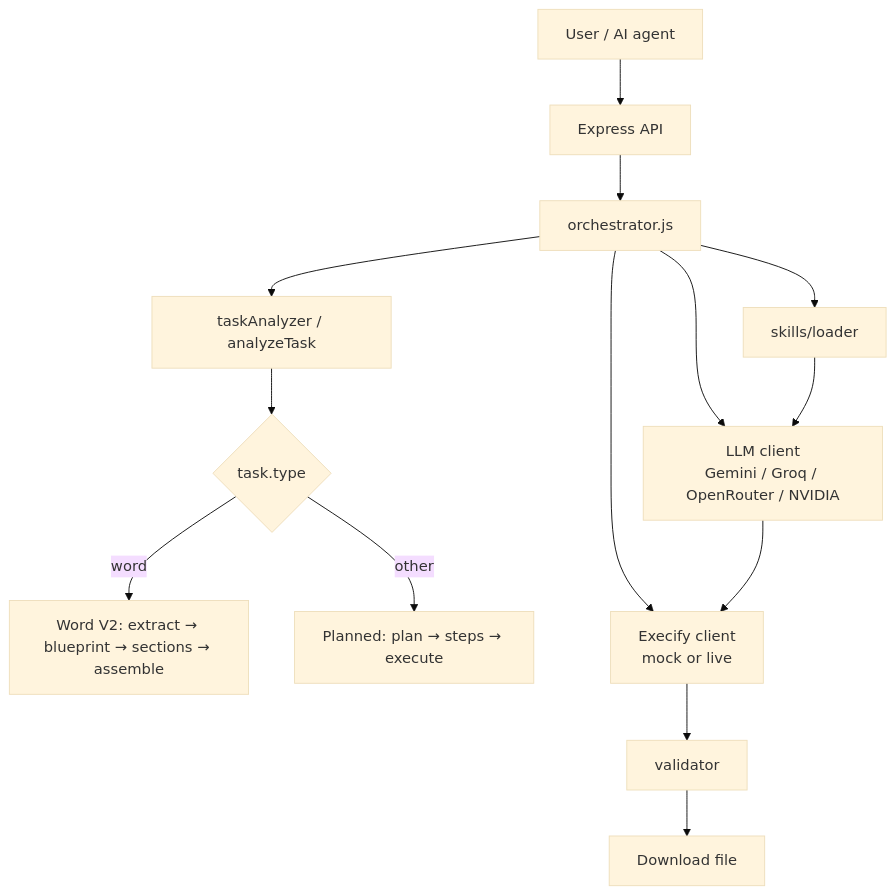
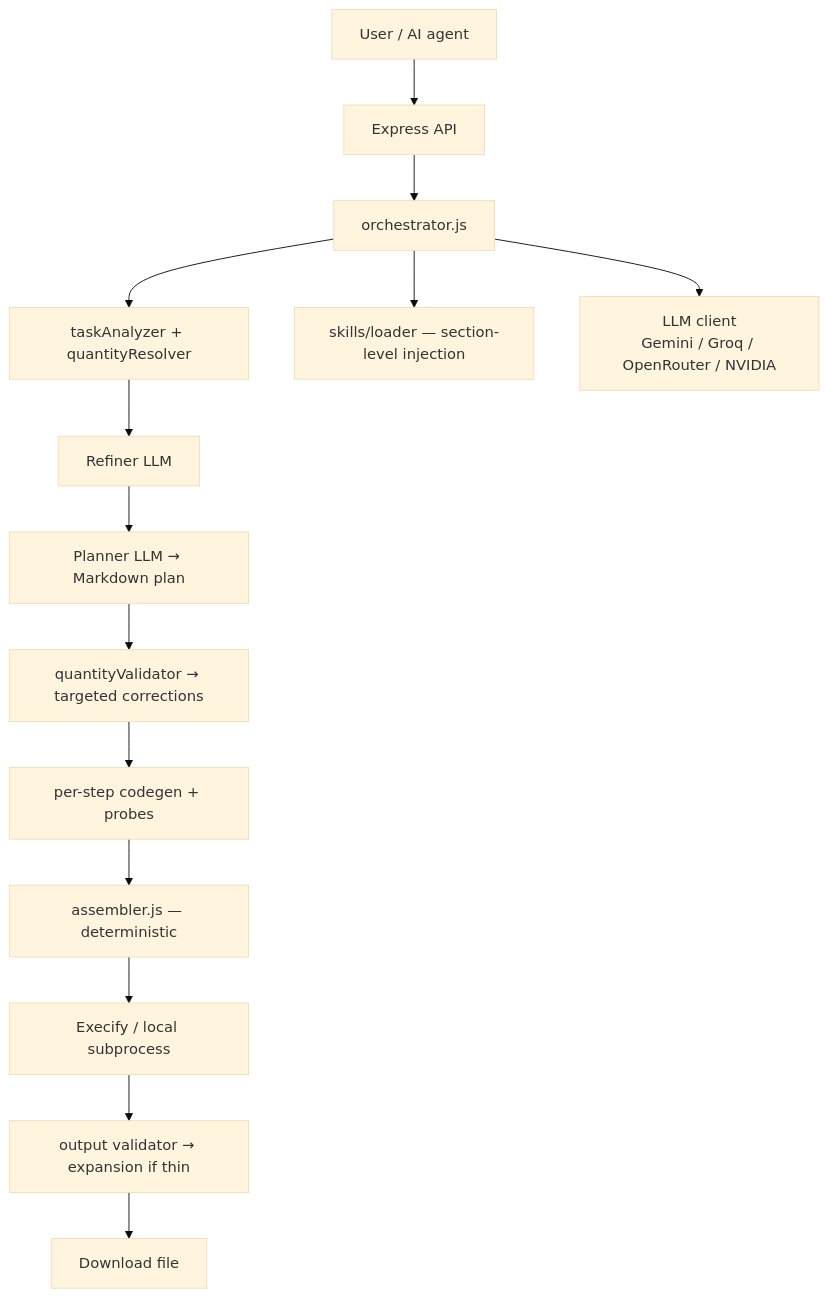
One commit to DharambirAgrawal/CODEWEAVER changed the diagram in README.md. Above: the diagram before and after it, drawn with Mermaid (base theme). The commit also changed other lines of this file and 21 other files, not shown here.

Commit message:
Updated witht the new algorithms and new architecture for the agent

````diff
--- a/README.md
+++ b/README.md
@@ -12,16 +12,16 @@
 ```mermaid
 flowchart TB
     User[User / AI agent] --> API[Express API]
     API --> Orch[orchestrator.js]
-    Orch --> Analyze[taskAnalyzer / analyzeTask]
-    Analyze --> Branch{task.type}
-    Branch -->|word| W[Word V2: extract → blueprint → sections → assemble]
-    Branch -->|other| P[Planned: plan → steps → execute]
-    Orch --> Skills[skills/loader]
+    Orch --> Analyze[taskAnalyzer + quantityResolver]
+    Analyze --> Refine[Refiner LLM]
+    Refine --> Plan[Planner LLM → Markdown plan]
+    Plan --> QVal[quantityValidator → targeted corrections]
+    QVal --> CodeGen[per-step codegen + probes]
+    CodeGen --> Assemble[assembler.js — deterministic]
+    Assemble --> Exec[Execify / local subprocess]
+    Exec --> OVal[output validator → expansion if thin]
+    OVal --> DL[Download file]
+    Orch --> Skills[skills/loader — section-level injection]
     Orch --> LLM[LLM client\nGemini / Groq / OpenRouter / NVIDIA]
-    Orch --> Ex[Execify client\nmock or live]
-    Skills --> LLM
-    LLM --> Ex
-    Ex --> Val[validator]
-    Val --> DL[Download file]
 ```
````
